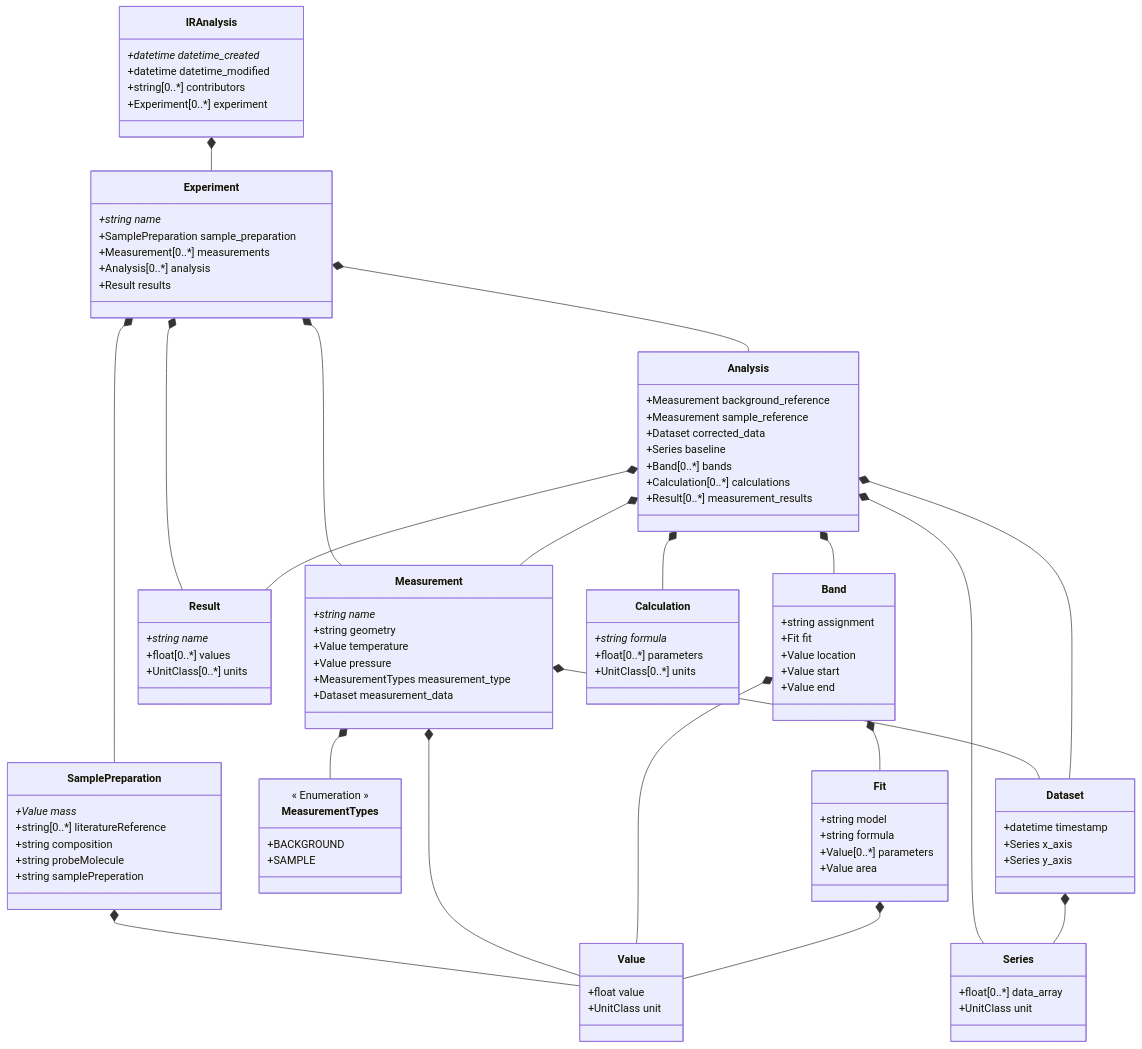
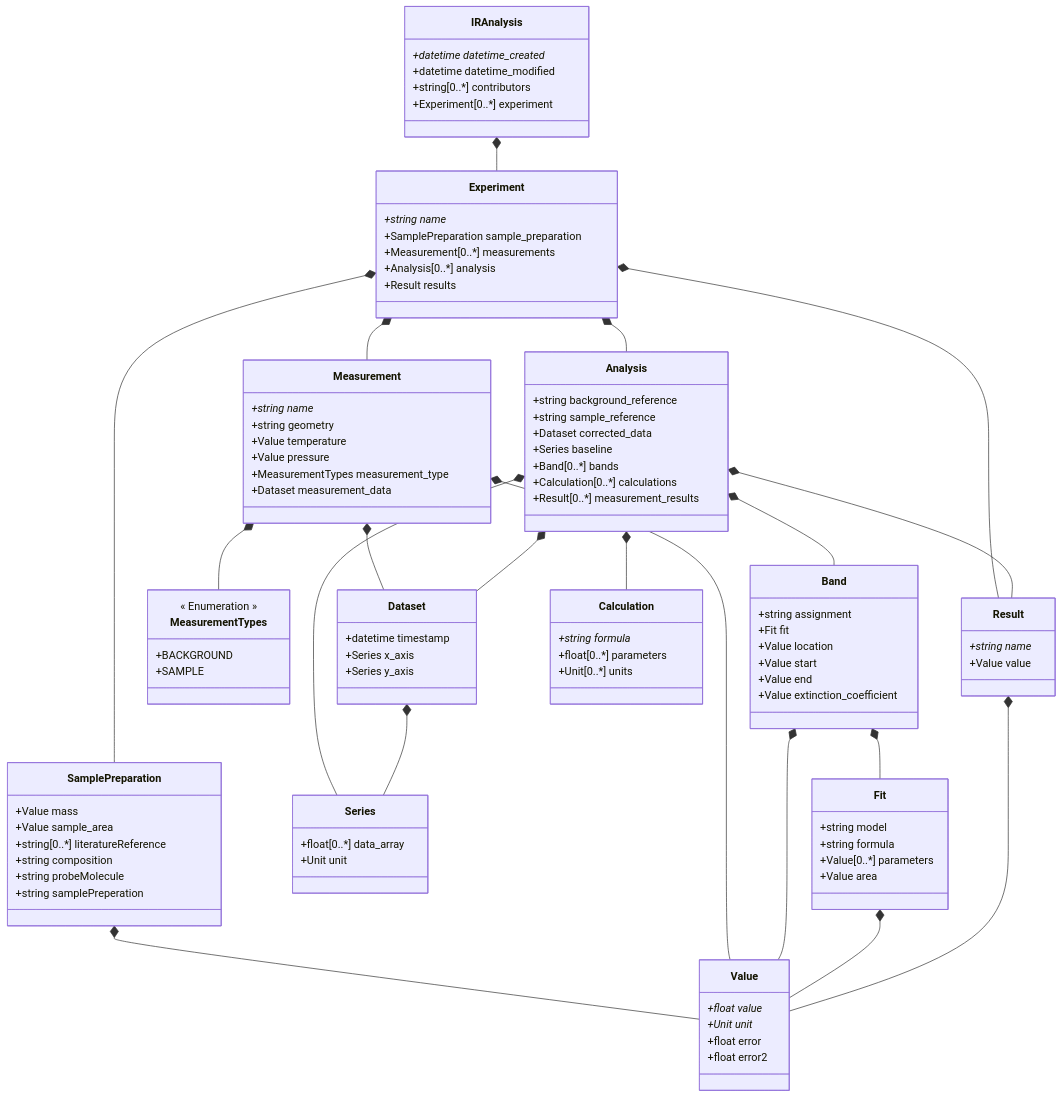
The diagram in datamodel/schemes/datamodel_schema.md (FAIRChemistry/IRAnalysis), drawn with Mermaid before and after one commit. The commit also changed 20 other files, not shown here.

```diff
--- a/datamodel/schemes/datamodel_schema.md
+++ b/datamodel/schemes/datamodel_schema.md
@@ -9,7 +9,6 @@
     Measurement *-- MeasurementTypes
     Measurement *-- Dataset
     Measurement *-- Value
-    Analysis *-- Measurement
     Analysis *-- Band
     Analysis *-- Calculation
     Analysis *-- Result
@@ -18,6 +17,7 @@
     Band *-- Fit
     Band *-- Value
     Fit *-- Value
+    Result *-- Value
     Dataset *-- Series
     
     class IRAnalysis {
@@ -36,7 +36,8 @@
     }
     
     class SamplePreparation {
-        +Value mass*
+        +Value mass
+        +Value sample_area
         +string[0..*] literatureReference
         +string composition
         +string probeMolecule
@@ -53,8 +54,8 @@
     }
     
     class Analysis {
-        +Measurement background_reference
-        +Measurement sample_reference
+        +string background_reference
+        +string sample_reference
         +Dataset corrected_data
         +Series baseline
         +Band[0..*] bands
@@ -68,6 +69,7 @@
         +Value location
         +Value start
         +Value end
+        +Value extinction_coefficient
     }
     
     class Fit {
@@ -80,13 +82,12 @@
     class Calculation {
         +string formula*
         +float[0..*] parameters
-        +UnitClass[0..*] units
+        +Unit[0..*] units
     }
     
     class Result {
         +string name*
-        +float[0..*] values
-        +UnitClass[0..*] units
+        +Value value
     }
     
     class Dataset {
@@ -97,12 +98,14 @@
     
     class Series {
         +float[0..*] data_array
-        +UnitClass unit
+        +Unit unit
     }
     
     class Value {
-        +float value
-        +UnitClass unit
+        +float value*
+        +Unit unit*
+        +float error
+        +float error2
     }
     
     class MeasurementTypes {
```
